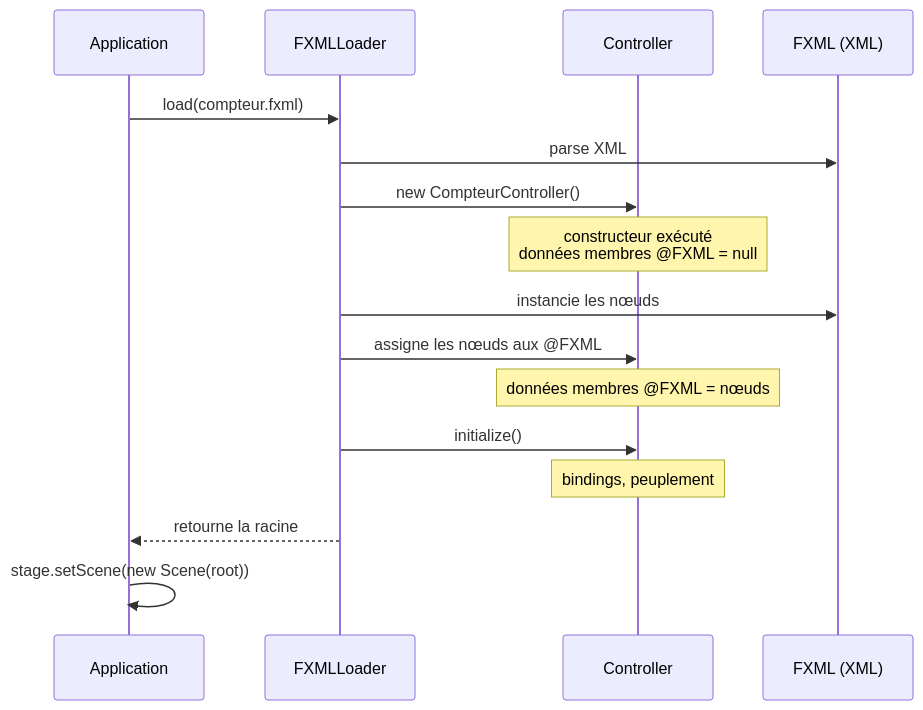
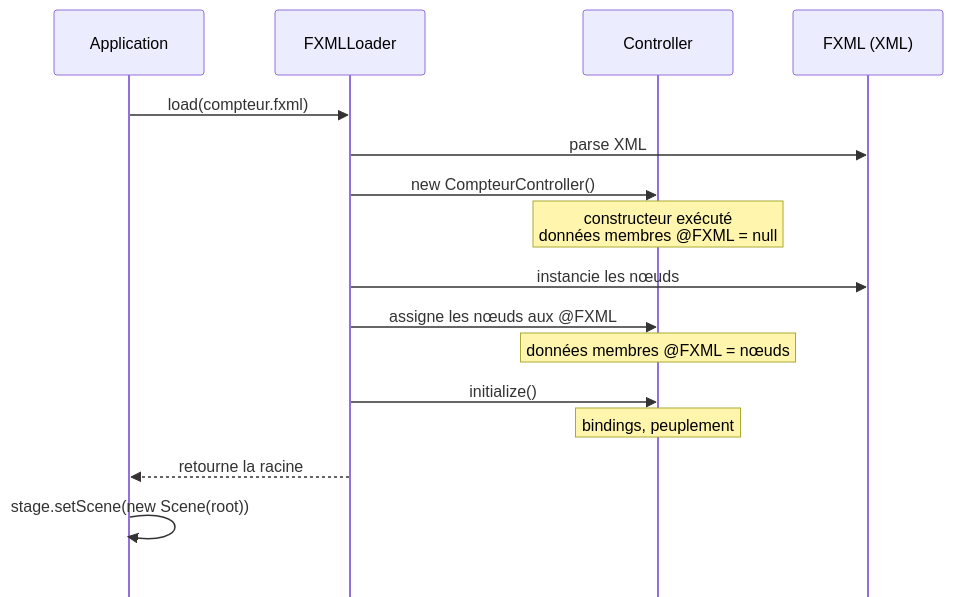
One commit to IUTInfoAix-R202/cours changed the diagram in scripts/kroki-sources/cm3-fxml-cycle-vie.mmd. Above: the diagram before and after it, drawn with Mermaid. The commit also changed 2 other files, not shown here.

Commit message:
fix(cm3): compacte le diagramme cycle de vie (Mermaid config + max-height 75vh)

```diff
--- a/scripts/kroki-sources/cm3-fxml-cycle-vie.mmd
+++ b/scripts/kroki-sources/cm3-fxml-cycle-vie.mmd
@@ -1,16 +1,17 @@
+%%{init: {'sequence': {'messageFontSize': 14, 'actorFontSize': 14, 'noteFontSize': 13, 'messageMargin': 22, 'boxMargin': 6, 'boxTextMargin': 4, 'noteMargin': 6, 'actorMargin': 60, 'mirrorActors': false, 'wrap': false}}}%%
 sequenceDiagram
     participant App as Application
     participant FL as FXMLLoader
     participant C as Controller
     participant FX as FXML (XML)
     App->>FL: load(compteur.fxml)
     FL->>FX: parse XML
     FL->>C: new CompteurController()
     Note over C: constructeur exécuté<br/>données membres @FXML = null
     FL->>FX: instancie les nœuds
     FL->>C: assigne les nœuds aux @FXML
     Note over C: données membres @FXML = nœuds
     FL->>C: initialize()
     Note over C: bindings, peuplement
     FL-->>App: retourne la racine
     App->>App: stage.setScene(new Scene(root))
```
